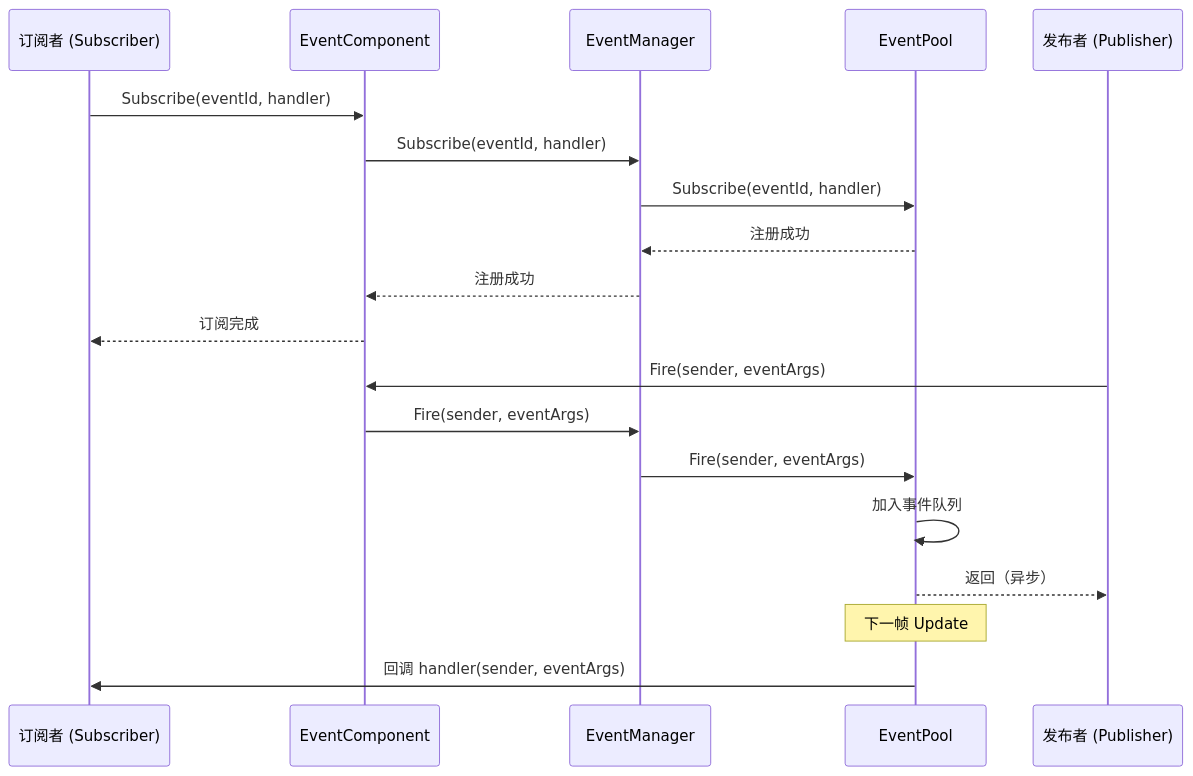
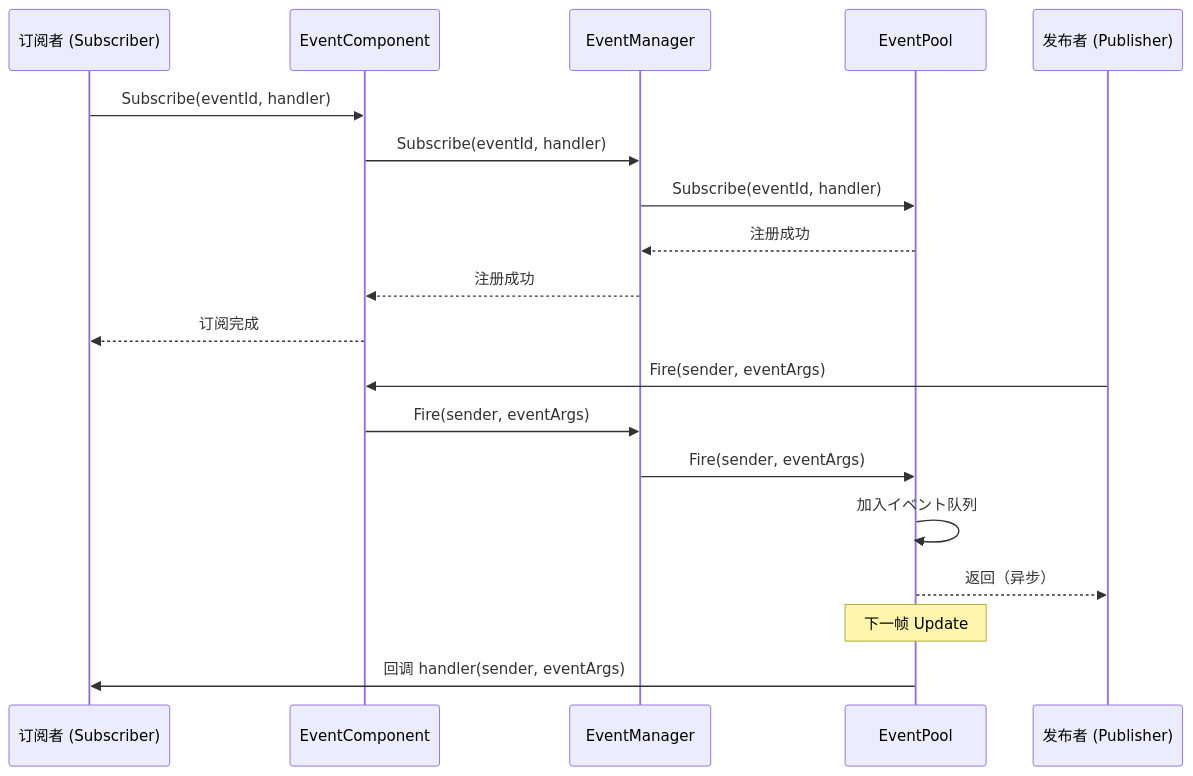
One commit to AlianBlank/GameFrameX.Docs changed the third of 6 diagrams in docs/ja/client/unity/component/event/04.features.md. Above: the diagram before and after it, drawn with Mermaid. The commit also changed other lines of this file and 603 other files, not shown here.

````diff
--- a/docs/ja/client/unity/component/event/04.features.md
+++ b/docs/ja/client/unity/component/event/04.features.md
@@ -192,24 +192,24 @@
 ```mermaid
 sequenceDiagram
     participant S as 订阅者 (Subscriber)
     participant EC as EventComponent
     participant EM as EventManager
     participant EP as EventPool
     participant P as 发布者 (Publisher)
 
     S->>EC: Subscribe(eventId, handler)
     EC->>EM: Subscribe(eventId, handler)
     EM->>EP: Subscribe(eventId, handler)
     EP-->>EM: 注册成功
     EM-->>EC: 注册成功
     EC-->>S: 订阅完成
 
     P->>EC: Fire(sender, eventArgs)
     EC->>EM: Fire(sender, eventArgs)
     EM->>EP: Fire(sender, eventArgs)
-    EP->>EP: 加入事件队列
+    EP->>EP: 加入イベント队列
     EP-->>P: 返回（异步）
 
     Note over EP: 下一帧 Update
     EP->>S: 回调 handler(sender, eventArgs)
 ```
````
